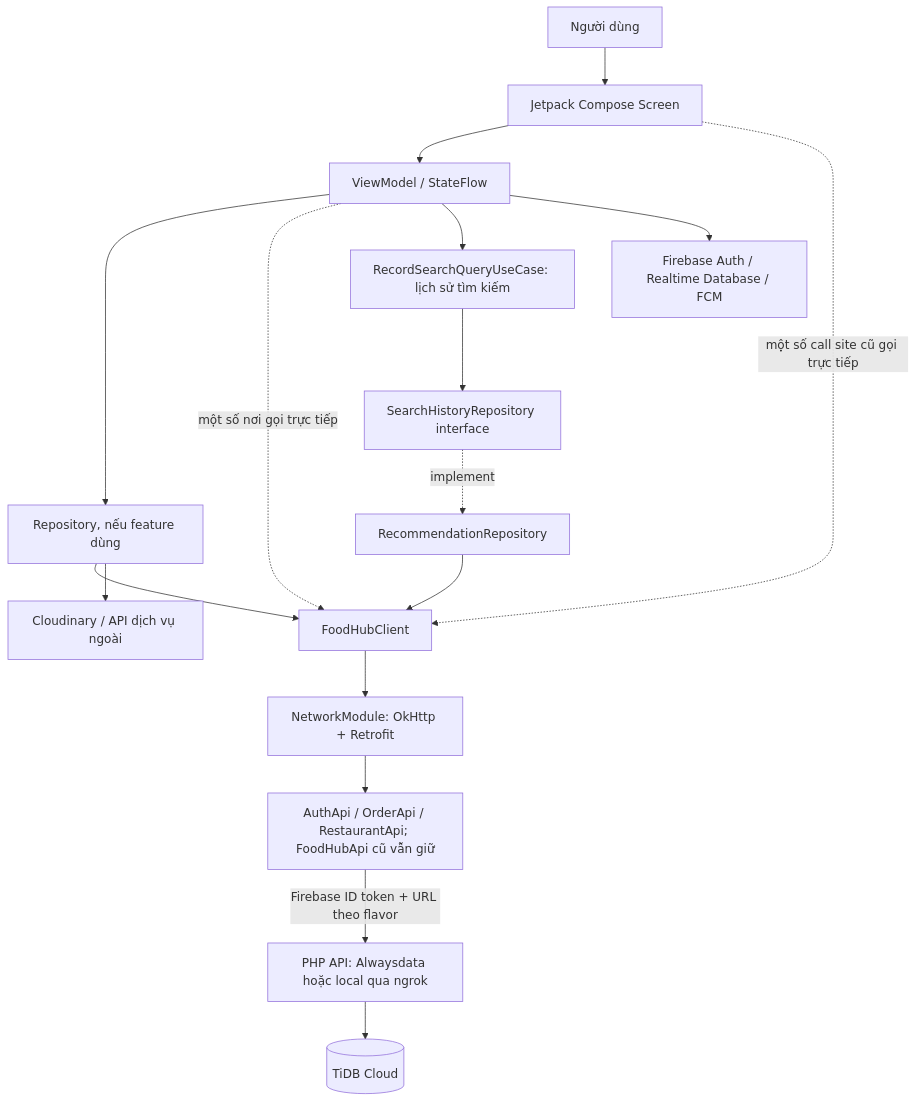
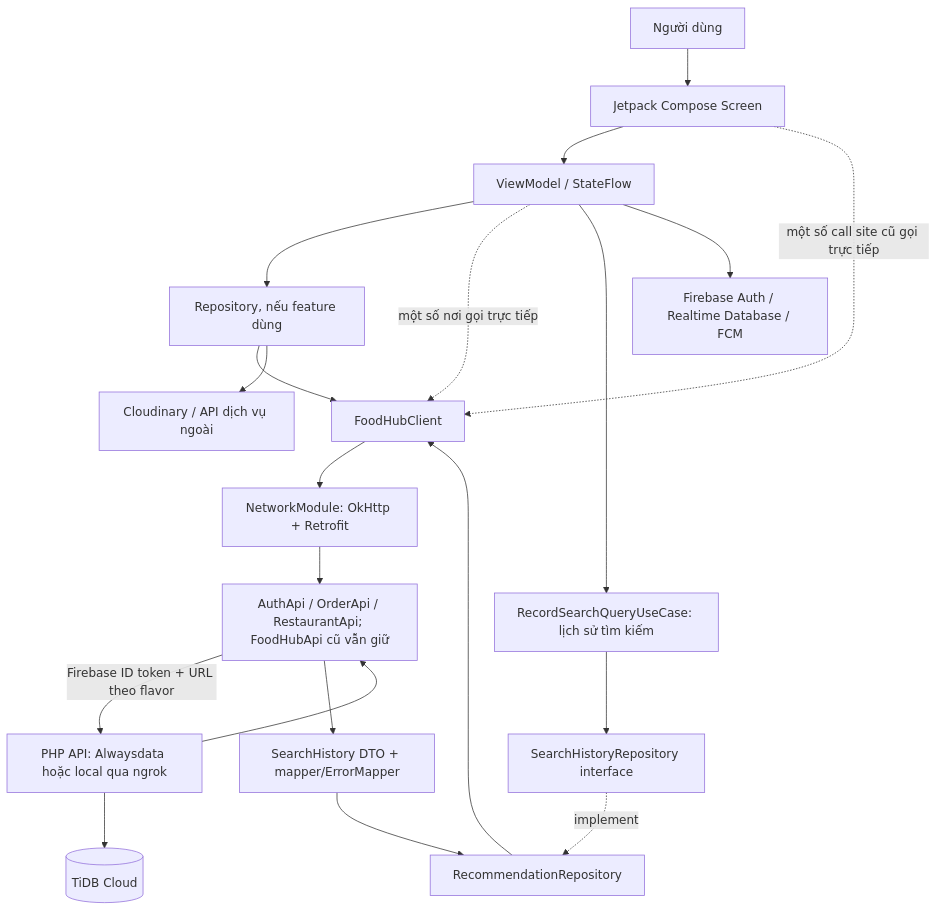
One commit to NgocAnh3042/DACS_3_Composer changed the first of 2 diagrams in docs/ANDROID_ARCHITECTURE.md. Above: the diagram before and after it, drawn with Mermaid. The commit also changed other lines of this file and 15 other files, not shown here.

Commit message:
refactor(data): add typed search history API mapping

````diff
--- a/docs/ANDROID_ARCHITECTURE.md
+++ b/docs/ANDROID_ARCHITECTURE.md
@@ -7,19 +7,22 @@
 ```mermaid
 flowchart TD
     User[Người dùng] --> Screen[Jetpack Compose Screen]
     Screen --> VM[ViewModel / StateFlow]
     VM --> Repo[Repository, nếu feature dùng]
     VM -. một số nơi gọi trực tiếp .-> Client[FoodHubClient]
     Screen -. một số call site cũ gọi trực tiếp .-> Client
     Repo --> Client
     VM --> UC[RecordSearchQueryUseCase: lịch sử tìm kiếm]
     UC --> Contract[SearchHistoryRepository interface]
     Contract -. implement .-> Impl[RecommendationRepository]
     Impl --> Client
     Client --> Network[NetworkModule: OkHttp + Retrofit]
     Network --> Groups[AuthApi / OrderApi / RestaurantApi; FoodHubApi cũ vẫn giữ]
     Groups -->|Firebase ID token + URL theo flavor| PHP[PHP API: Alwaysdata hoặc local qua ngrok]
+    PHP --> Groups
+    Groups --> Mapping[SearchHistory DTO + mapper/ErrorMapper]
+    Mapping --> Impl
     PHP --> DB[(TiDB Cloud)]
     VM --> Firebase[Firebase Auth / Realtime Database / FCM]
     Repo --> External[Cloudinary / API dịch vụ ngoài]
 ```
````
